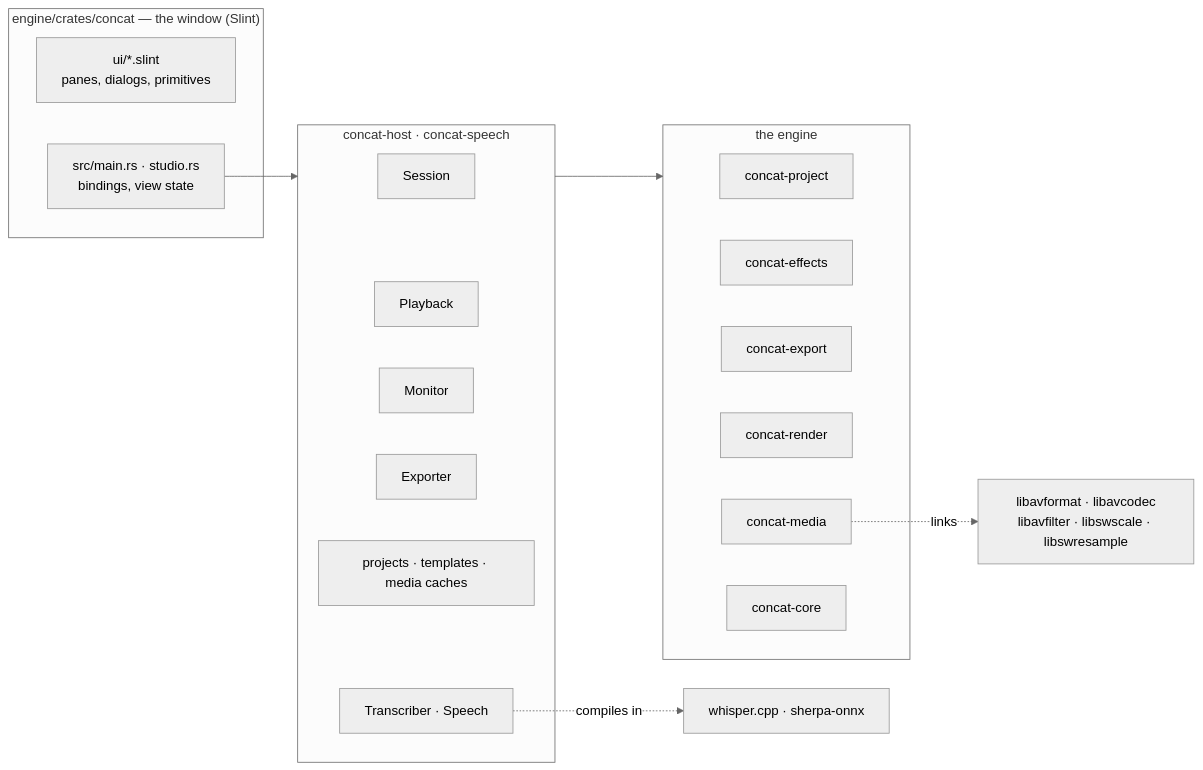
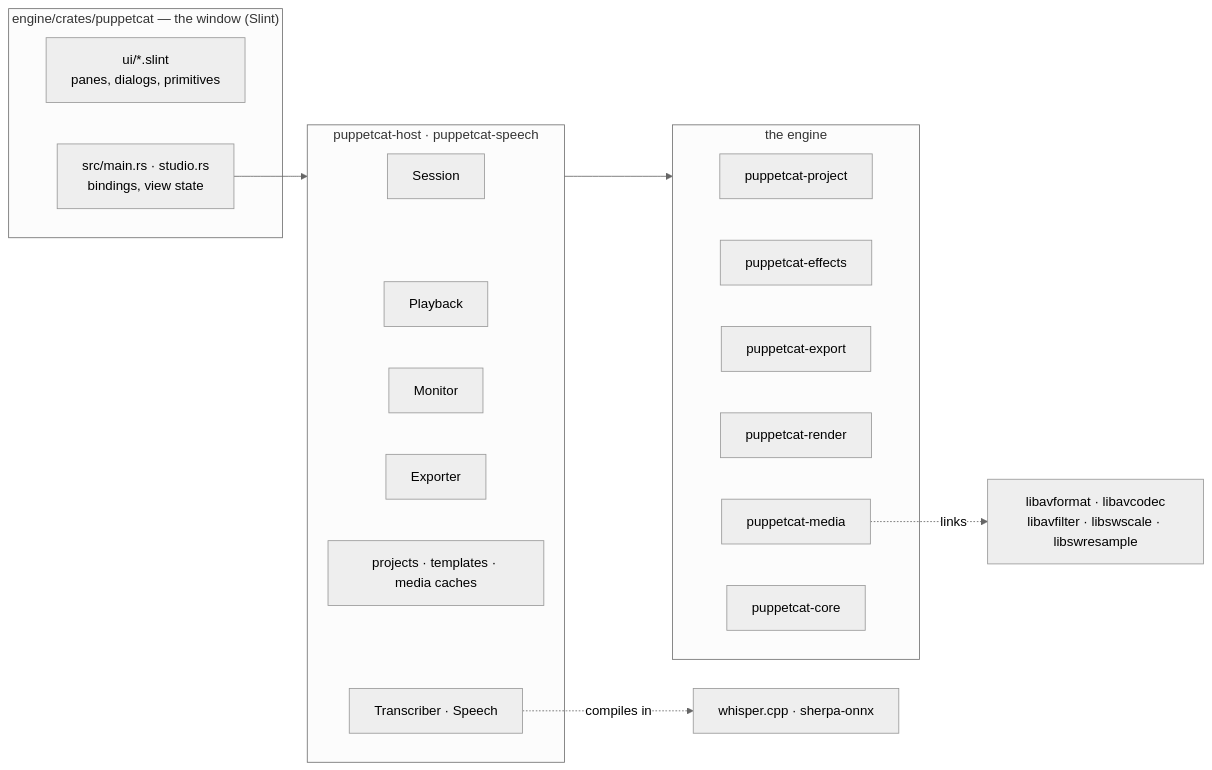
One commit to optimusdag/puppetcat changed the first of 3 diagrams in ARCHITECTURE.md. Above: the diagram before and after it, drawn with Mermaid (neutral theme). The commit also changed other lines of this file and 352 other files, not shown here.

````diff
--- a/ARCHITECTURE.md
+++ b/ARCHITECTURE.md
@@ -11,27 +11,27 @@
 ```mermaid
 flowchart LR
-    subgraph WINDOW["engine/crates/concat — the window (Slint)"]
+    subgraph WINDOW["engine/crates/puppetcat — the window (Slint)"]
         UI["ui/*.slint<br/>panes, dialogs, primitives"]
         MAIN["src/main.rs · studio.rs<br/>bindings, view state"]
     end
-    subgraph HOST["concat-host · concat-speech"]
+    subgraph HOST["puppetcat-host · puppetcat-speech"]
         SESSION[Session]
         PLAY[Playback]
         MON[Monitor]
         EXP[Exporter]
         PROJ["projects · templates · media caches"]
         SPEECH["Transcriber · Speech"]
     end
     subgraph ENGINE["the engine"]
-        PROJECT[concat-project]
-        EFFECTS[concat-effects]
-        EXPORT[concat-export]
-        RENDER[concat-render]
-        MEDIA[concat-media]
-        CORE[concat-core]
+        PROJECT[puppetcat-project]
+        EFFECTS[puppetcat-effects]
+        EXPORT[puppetcat-export]
+        RENDER[puppetcat-render]
+        MEDIA[puppetcat-media]
+        CORE[puppetcat-core]
     end
     MAIN --> HOST
     HOST --> ENGINE
     MEDIA -. links .-> FF["libavformat · libavcodec<br/>libavfilter · libswscale · libswresample"]
     SPEECH -. compiles in .-> W["whisper.cpp · sherpa-onnx"]
 ```
````
